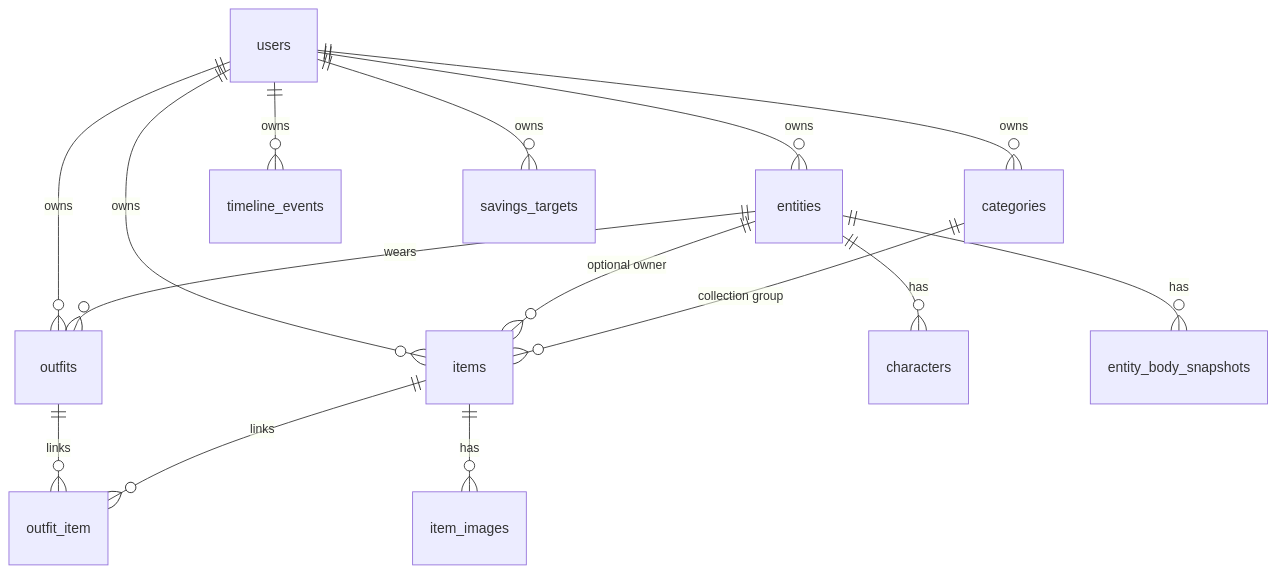
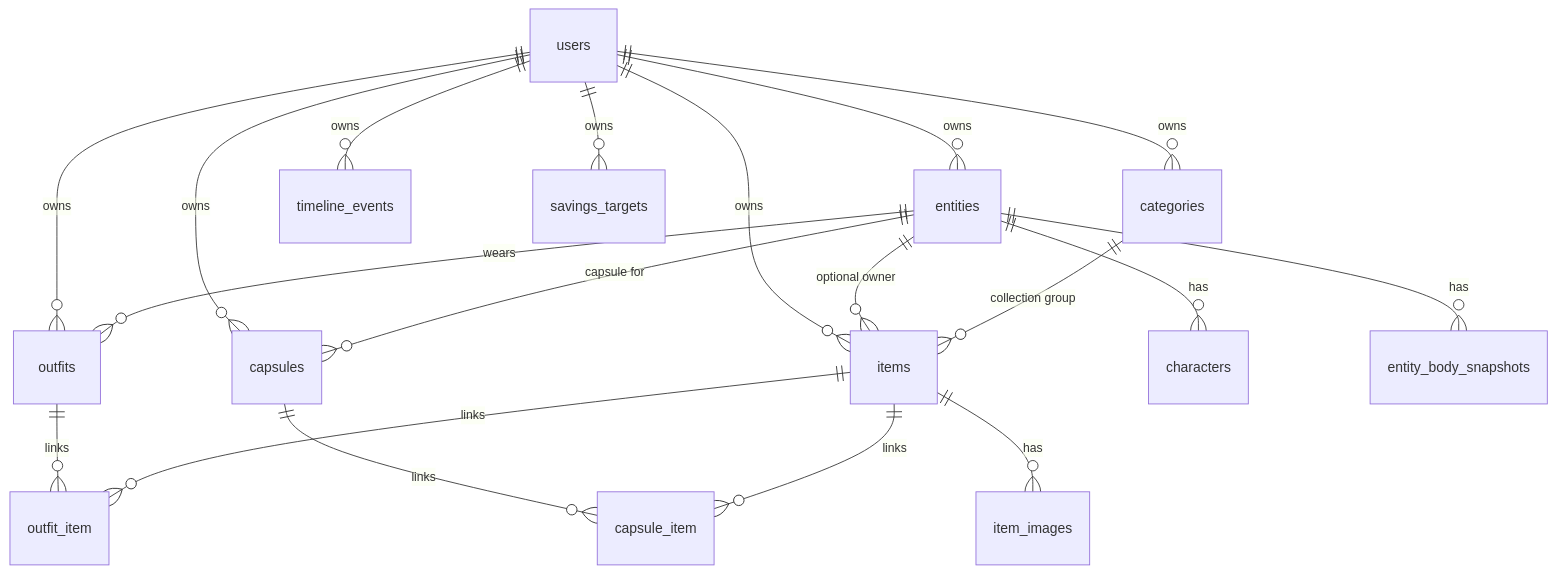
The diagram in docs/database-schema.md (leszkopierwszy/nohooks), drawn with Mermaid before and after one commit. The commit also changed other lines of this file and 23 other files, not shown here.

First line of the commit message:
Add Stylist outfit, base-wardrobe, and capsule flows.

````diff
--- a/docs/database-schema.md
+++ b/docs/database-schema.md
@@ -7,19 +7,23 @@
 ```mermaid
 erDiagram
   users ||--o{ entities : owns
   users ||--o{ categories : owns
   users ||--o{ items : owns
   users ||--o{ outfits : owns
+  users ||--o{ capsules : owns
   users ||--o{ timeline_events : owns
   users ||--o{ savings_targets : owns
 
   entities ||--o{ characters : has
   entities ||--o{ entity_body_snapshots : has
   entities ||--o{ outfits : wears
+  entities ||--o{ capsules : "capsule for"
   entities ||--o{ items : "optional owner"
 
   categories ||--o{ items : "collection group"
   items ||--o{ item_images : has
   outfits ||--o{ outfit_item : links
   items ||--o{ outfit_item : links
+  capsules ||--o{ capsule_item : links
+  items ||--o{ capsule_item : links
 ```
````
